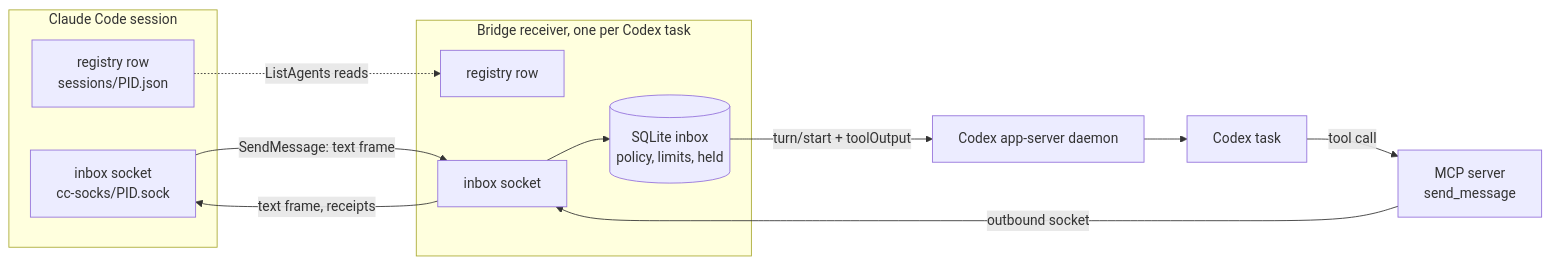
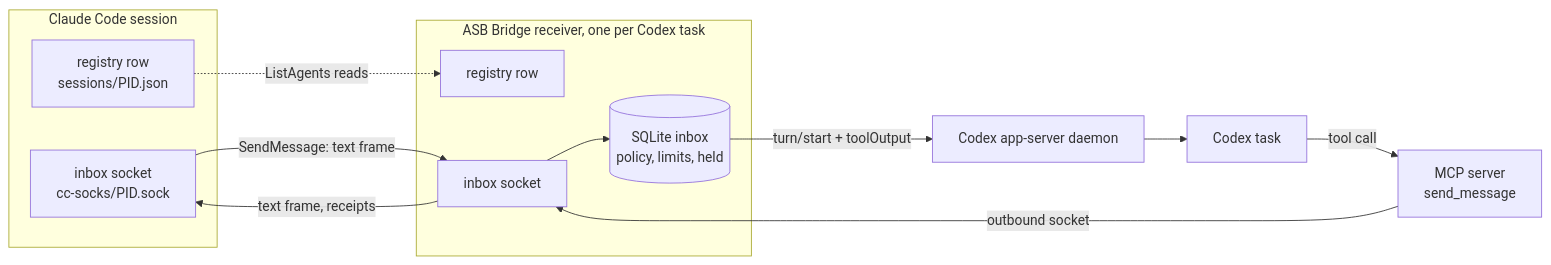
The diagram in bridge/README.md (Jamir-boop/ASB), drawn with Mermaid before and after one commit. The commit also changed other lines of this file and 5 other files, not shown here.

Commit message:
docs: describe ASB Bridge

````diff
--- a/bridge/README.md
+++ b/bridge/README.md
@@ -39,23 +51,23 @@
 ```mermaid
 flowchart LR
   subgraph claude["Claude Code session"]
     cr["registry row<br/>sessions/PID.json"]
     cs["inbox socket<br/>cc-socks/PID.sock"]
   end
-  subgraph bridge["Bridge receiver, one per Codex task"]
+  subgraph bridge["ASB Bridge receiver, one per Codex task"]
     br["registry row"]
     bs["inbox socket"]
     db[("SQLite inbox<br/>policy, limits, held")]
   end
   mcp["MCP server<br/>send_message"]
   as["Codex app-server daemon"]
   task["Codex task"]
   cr -. "ListAgents reads" .-> br
   cs -- "SendMessage: text frame" --> bs
   bs --> db
   db -- "turn/start + toolOutput" --> as
   as --> task
   task -- "tool call" --> mcp
   mcp -- "outbound socket" --> bs
   bs -- "text frame, receipts" --> cs
 ```
````
